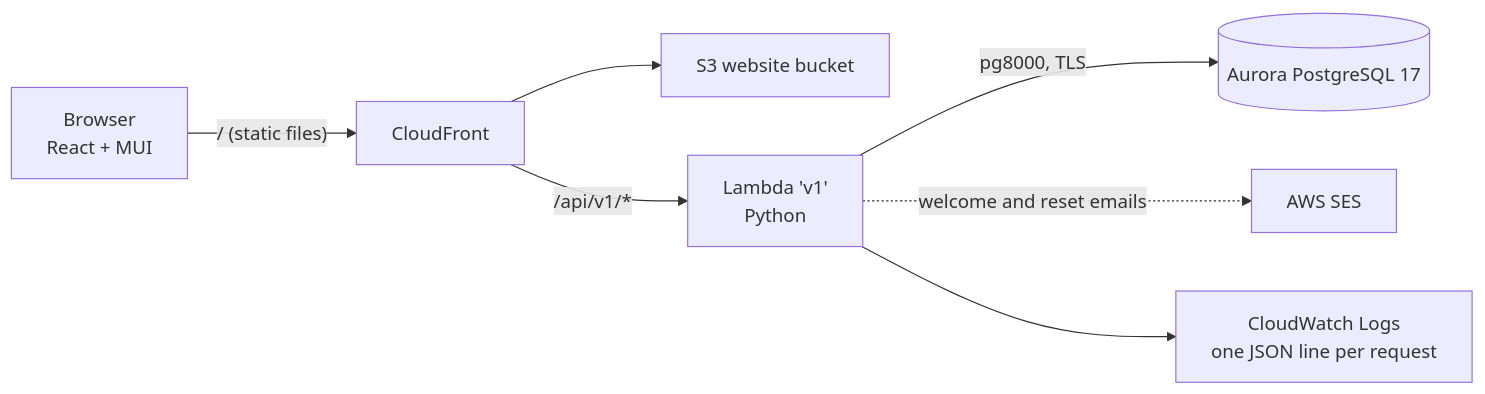
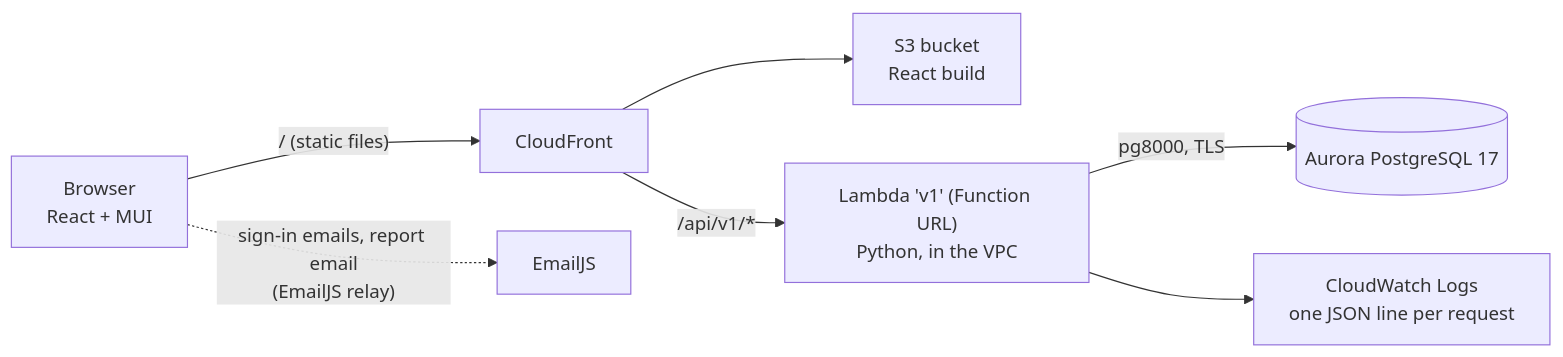
Before and after one commit to RootMoataz/citi-overwatch: the diagram in README.md, drawn with Mermaid. The commit also changed other lines of this file, not shown here.

Commit message:
README: feature tour with screenshots grouped by role, four roles and the public demo, HR submissions and planning in the highlights, EmailJS relay in the architecture diagram, current test counts (1,041 backend, 716 frontend)

````diff
--- a/README.md
+++ b/README.md
@@ -47,9 +98,9 @@
 ```mermaid
 flowchart LR
   B[Browser<br/>React + MUI] -->|"/ (static files)"| CF[CloudFront]
-  CF --> S3[S3 website bucket]
-  CF -->|"/api/v1/*"| L[Lambda 'v1'<br/>Python]
+  CF --> S3[S3 bucket<br/>React build]
+  CF -->|"/api/v1/*"| L["Lambda 'v1' (Function URL)<br/>Python, in the VPC"]
   L -->|pg8000, TLS| A[(Aurora PostgreSQL 17)]
-  L -.->|welcome and reset emails| SES[AWS SES]
   L --> CW[CloudWatch Logs<br/>one JSON line per request]
+  B -.->|"sign-in emails, report email<br/>(EmailJS relay)"| EJ[EmailJS]
 ```
````
